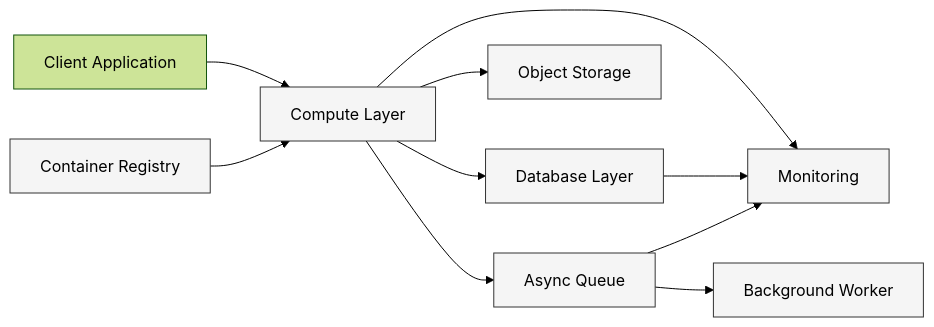
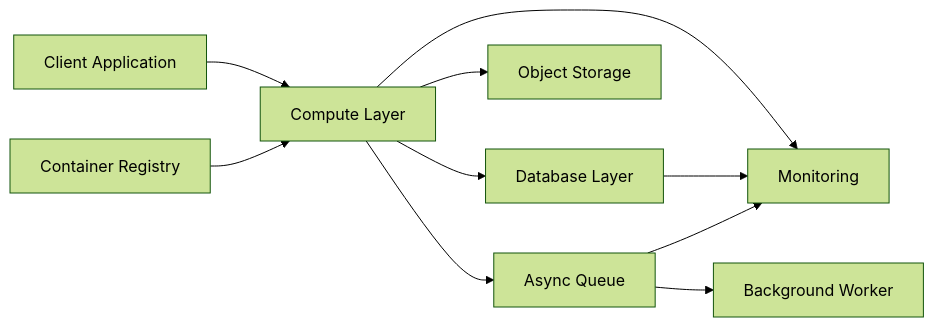
Before and after one commit to AvadhBhalodiya/Interview-Preparation: the first of 22 diagrams in src/content/devops/aws-core-services.md, drawn with Mermaid (forest theme). The commit also changed other lines of this file and 119 other files, not shown here.

````diff
--- a/src/content/devops/aws-core-services.md
+++ b/src/content/devops/aws-core-services.md
@@ -44,22 +44,12 @@
 ```mermaid
 flowchart LR
     Client[Client Application] --> Compute[Compute Layer]
     Compute --> Database[Database Layer]
     Compute --> Storage[Object Storage]
     Compute --> Queue[Async Queue]
     Queue --> Worker[Background Worker]
     Registry[Container Registry] --> Compute
     Compute --> Monitoring[Monitoring]
     Database --> Monitoring
     Queue --> Monitoring
-
-    Compute:::aws
-    Database:::aws
-    Storage:::aws
-    Queue:::aws
-    Worker:::aws
-    Registry:::aws
-    Monitoring:::aws
-
-    classDef aws fill:#f5f5f5,stroke:#333,stroke-width:1px;
 ```
````
